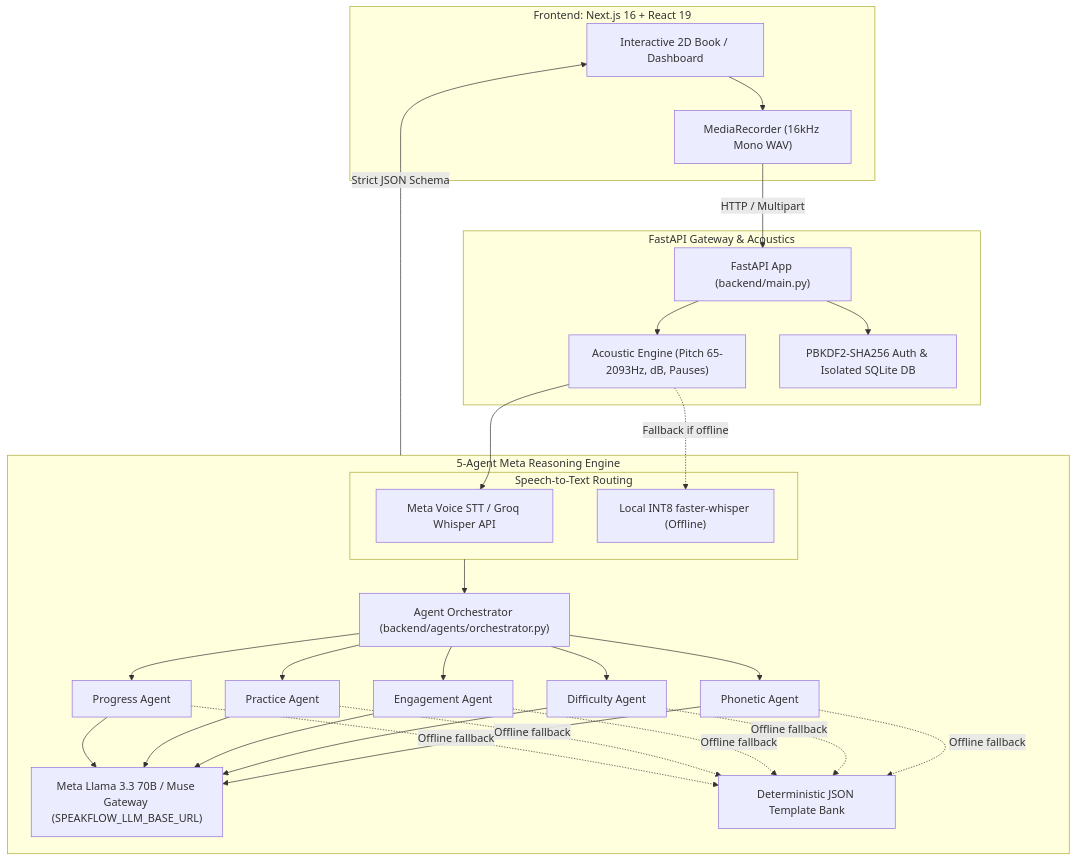
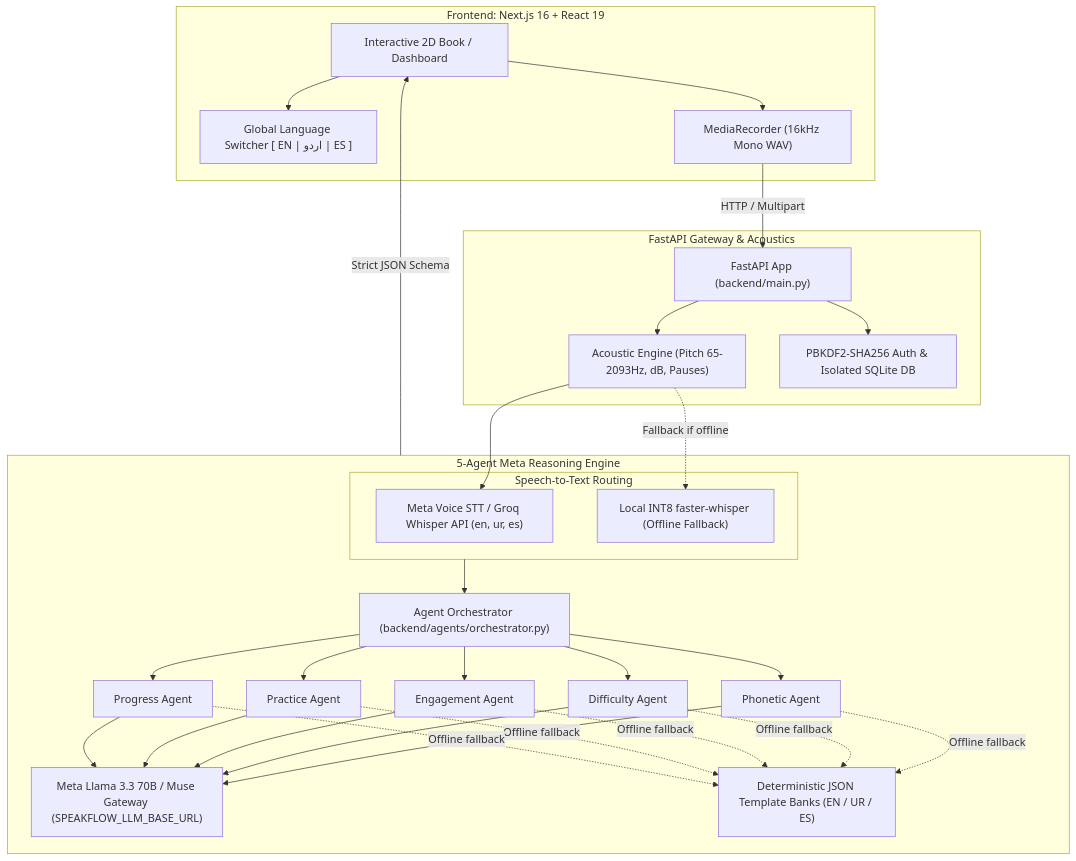
One commit to TeamXOF/soven changed the diagram in README.md. Above: the diagram before and after it, drawn with Mermaid. The commit also changed other lines of this file and 3 other files, not shown here.

Commit message:
docs: enrich visual showcase with Spanish reading screenshots and add 70+ language engine roadmap

````diff
--- a/README.md
+++ b/README.md
@@ -106,44 +142,46 @@
 ```mermaid
 flowchart TD
     subgraph Client ["Frontend: Next.js 16 + React 19"]
         UI["Interactive 2D Book / Dashboard"]
+        LangSwitch["Global Language Switcher [ EN | اردو | ES ]"]
         Rec["MediaRecorder (16kHz Mono WAV)"]
+        UI --> LangSwitch
         UI --> Rec
     end
 
     subgraph Backend ["FastAPI Gateway & Acoustics"]
         API["FastAPI App (backend/main.py)"]
         Acoustic["Acoustic Engine (Pitch 65-2093Hz, dB, Pauses)"]
         Auth["PBKDF2-SHA256 Auth & Isolated SQLite DB"]
         Rec -->|HTTP / Multipart| API
         API --> Acoustic
         API --> Auth
     end
 
     subgraph SpeechSTT ["Speech-to-Text Routing"]
-        CloudSTT["Meta Voice STT / Groq Whisper API"]
-        LocalSTT["Local INT8 faster-whisper (Offline)"]
+        CloudSTT["Meta Voice STT / Groq Whisper API (en, ur, es)"]
+        LocalSTT["Local INT8 faster-whisper (Offline Fallback)"]
         Acoustic --> CloudSTT
         Acoustic -.->|Fallback if offline| LocalSTT
     end
 
     subgraph MetaPipeline ["5-Agent Meta Reasoning Engine"]
         Orch["Agent Orchestrator (backend/agents/orchestrator.py)"]
         A1["Phonetic Agent"]
         A2["Difficulty Agent"]
         A3["Engagement Agent"]
         A4["Practice Agent"]
         A5["Progress Agent"]
         
         SpeechSTT --> Orch
         Orch --> A1 & A2 & A3 & A4 & A5
         
         MetaLLM["Meta Llama 3.3 70B / Muse Gateway (SPEAKFLOW_LLM_BASE_URL)"]
-        OfflineBank["Deterministic JSON Template Bank"]
+        OfflineBank["Deterministic JSON Template Banks (EN / UR / ES)"]
         
         A1 & A2 & A3 & A4 & A5 --> MetaLLM
         A1 & A2 & A3 & A4 & A5 -.->|Offline fallback| OfflineBank
     end
 
     MetaPipeline -->|Strict JSON Schema| UI
 ```
````
